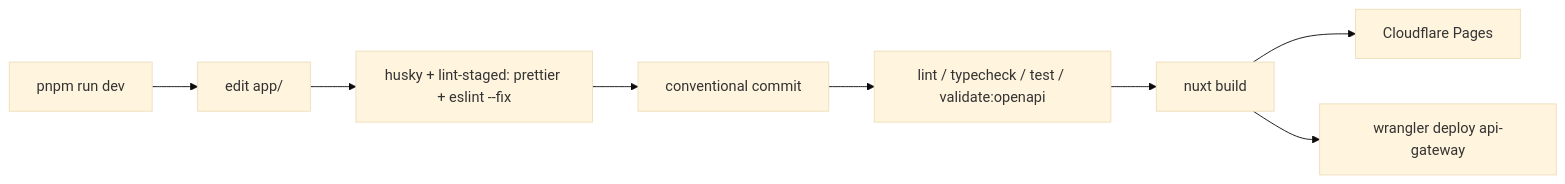
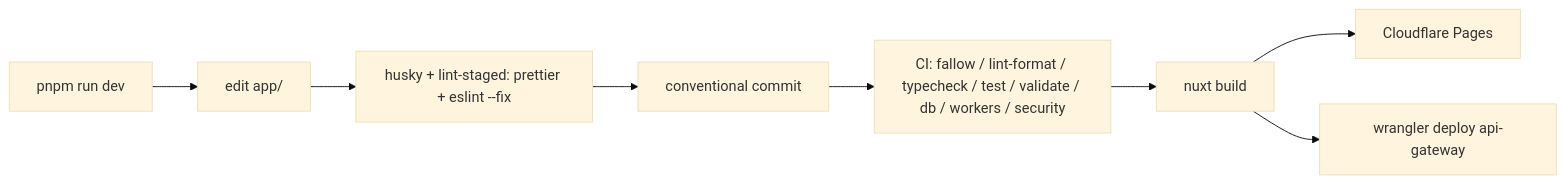
The ninth of 9 diagrams in docs/agent-context/summary/workflows.md (tarkovtracker-org/TarkovTracker), drawn with Mermaid (base theme) before and after one commit. The commit also changed other lines of this file and 5 other files, not shown here.

````diff
--- a/docs/agent-context/summary/workflows.md
+++ b/docs/agent-context/summary/workflows.md
@@ -216,10 +216,10 @@
 ```mermaid
 graph LR
     Dev[pnpm run dev] --> Code[edit app/]
     Code --> Hook[husky + lint-staged: prettier + eslint --fix]
     Hook --> Commit[conventional commit]
-    Commit --> CI[lint / typecheck / test / validate:openapi]
+    Commit --> CI[CI: fallow / lint-format / typecheck / test / validate / db / workers / security]
     CI --> Build[nuxt build]
     Build --> Pages[Cloudflare Pages]
     Build --> Worker[wrangler deploy api-gateway]
 ```
````
